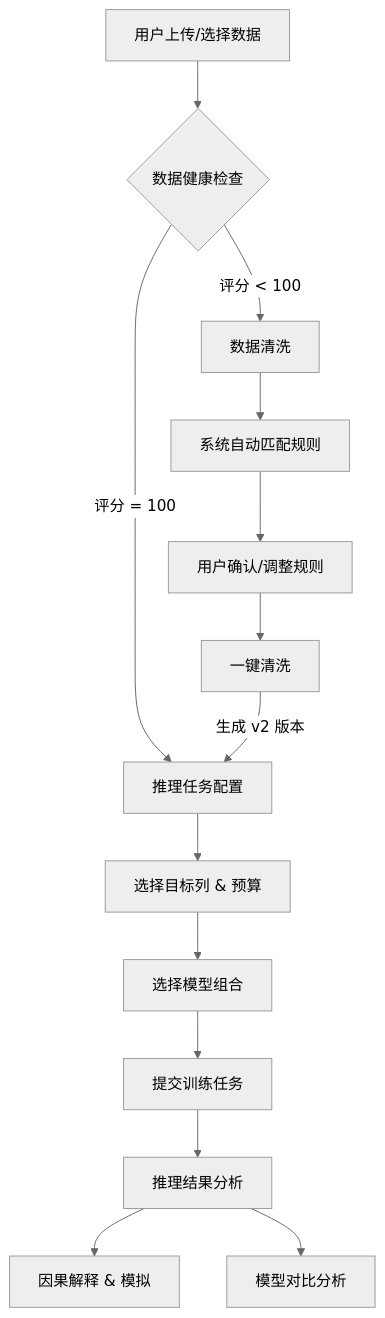
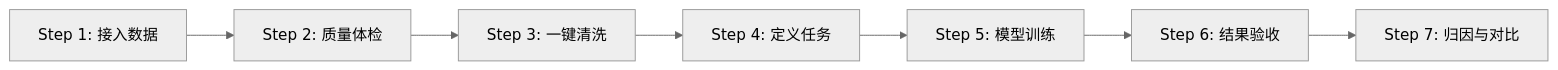
One commit to liulanqioo/limix-pipeline-demo1218 changed the diagram in docs/System_PRD.md. Above: the diagram before and after it, drawn with Mermaid (neutral theme). The commit also changed other lines of this file and 1 other file, not shown here.

````diff
--- a/docs/System_PRD.md
+++ b/docs/System_PRD.md
@@ -24,16 +30,9 @@
 ```mermaid
-graph TD
-    A[用户上传/选择数据] --> B{数据健康检查}
-    B -->|评分 < 100| C[数据清洗]
-    B -->|评分 = 100| D[推理任务配置]
-    C --> C1[系统自动匹配规则]
-    C1 --> C2[用户确认/调整规则]
-    C2 --> C3[一键清洗]
-    C3 -->|生成 v2 版本| D
-    D --> D1[选择目标列 & 预算]
-    D1 --> D2[选择模型组合]
-    D2 --> D3[提交训练任务]
-    D3 --> E[推理结果分析]
-    E --> F[因果解释 & 模拟]
-    E --> G[模型对比分析]
+graph LR
+    A[Step 1: 接入数据] --> B[Step 2: 质量体检]
+    B --> C[Step 3: 一键清洗]
+    C --> D[Step 4: 定义任务]
+    D --> E[Step 5: 模型训练]
+    E --> F[Step 6: 结果验收]
+    F --> G[Step 7: 归因与对比]
 ```
````
